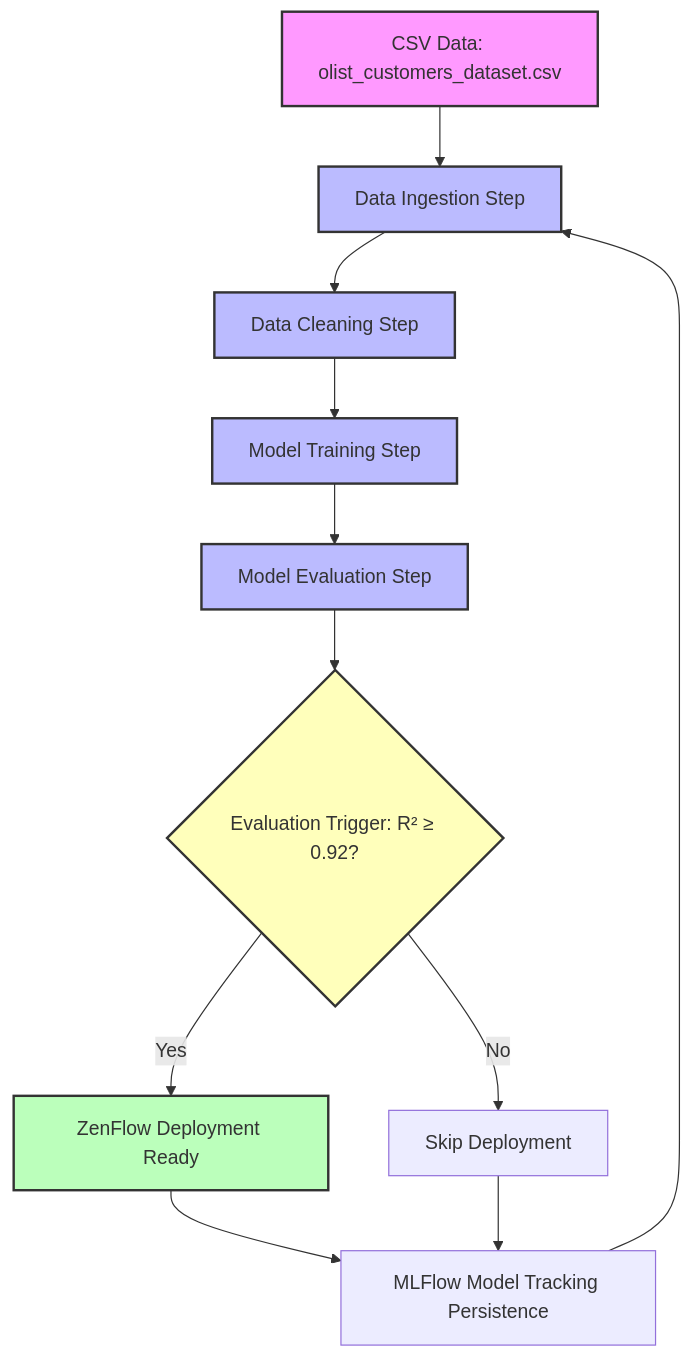
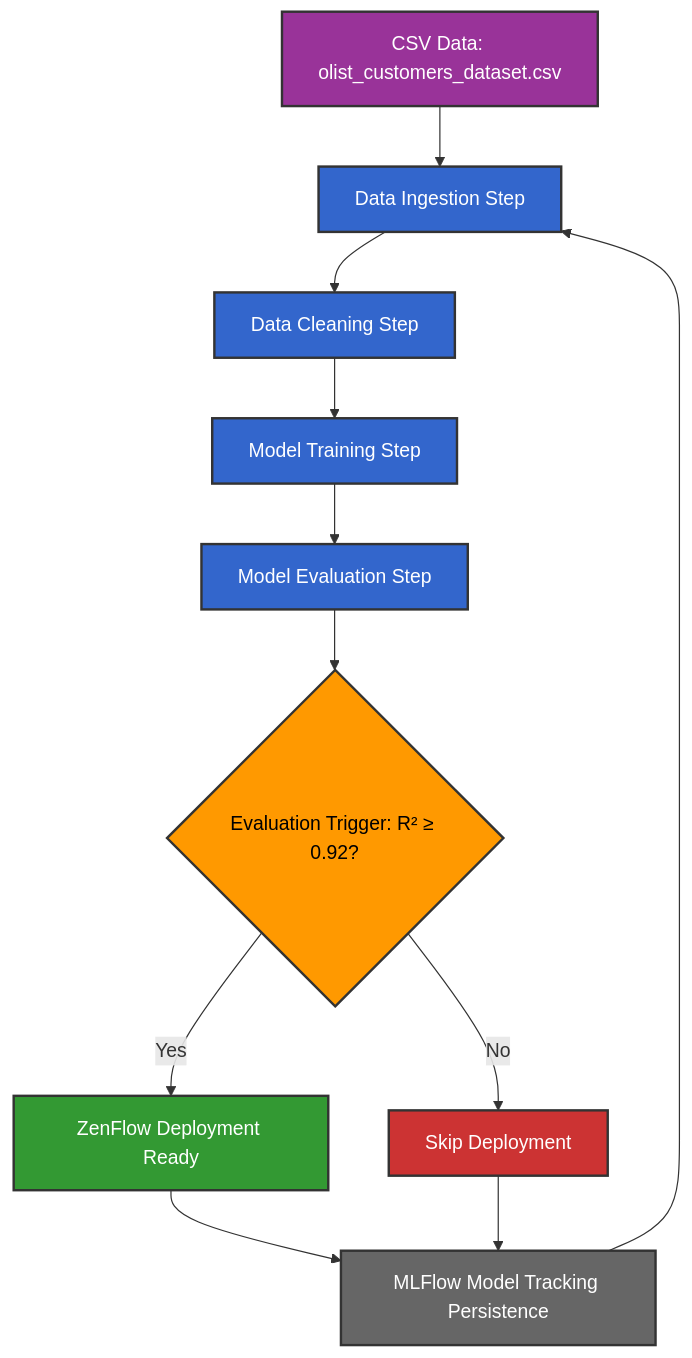
One commit to adanSiqueira/mlops-orchestrator changed the diagram in README.md. Above: the diagram before and after it, drawn with Mermaid.

Commit message:
Update Pipeline Architecture Diagram on README
Updated the Pipeline Architecture Diagram to illustrate the ML workflow and its components.

````diff
--- a/README.md
+++ b/README.md
@@ -119,27 +18,32 @@
 ```mermaid
 flowchart TD
     %% Training Pipeline
     A[CSV Data: olist_customers_dataset.csv] --> B[Data Ingestion Step]
     B --> C[Data Cleaning Step]
     C --> D[Model Training Step]
     D --> E[Model Evaluation Step]
     
     %% Continuous Deployment Pipeline
     E --> F{Evaluation Trigger: R² ≥ 0.92?}
     F -- Yes --> G[ZenFlow Deployment Ready]
     F -- No --> H[Skip Deployment]
 
     %% Post-deployment persistence
     G --> I[MLFlow Model Tracking Persistence]
     H --> I[MLFlow Model Tracking Persistence]
 
     %% Optional: feedback loop for retraining
     I --> B[Data Ingestion Step]
-    style A fill:#f9f,stroke:#333,stroke-width:2px
-    style B fill:#bbf,stroke:#333,stroke-width:2px
-    style C fill:#bbf,stroke:#333,stroke-width:2px
-    style D fill:#bbf,stroke:#333,stroke-width:2px
-    style E fill:#bbf,stroke:#333,stroke-width:2px
-    style F fill:#ffb,stroke:#333,stroke-width:2px
-    style G fill:#bfb,stroke:#333,stroke-width:2px
+
+    %% Styles with darker backgrounds and readable text
+    style A fill:#993399,stroke:#333,stroke-width:2px,color:#fff
+    style B fill:#3366cc,stroke:#333,stroke-width:2px,color:#fff
+    style C fill:#3366cc,stroke:#333,stroke-width:2px,color:#fff
+    style D fill:#3366cc,stroke:#333,stroke-width:2px,color:#fff
+    style E fill:#3366cc,stroke:#333,stroke-width:2px,color:#fff
+    style F fill:#ff9900,stroke:#333,stroke-width:2px,color:#000
+    style G fill:#339933,stroke:#333,stroke-width:2px,color:#fff
+    style H fill:#cc3333,stroke:#333,stroke-width:2px,color:#fff
+    style I fill:#666666,stroke:#333,stroke-width:2px,color:#fff
+
 ```
````
